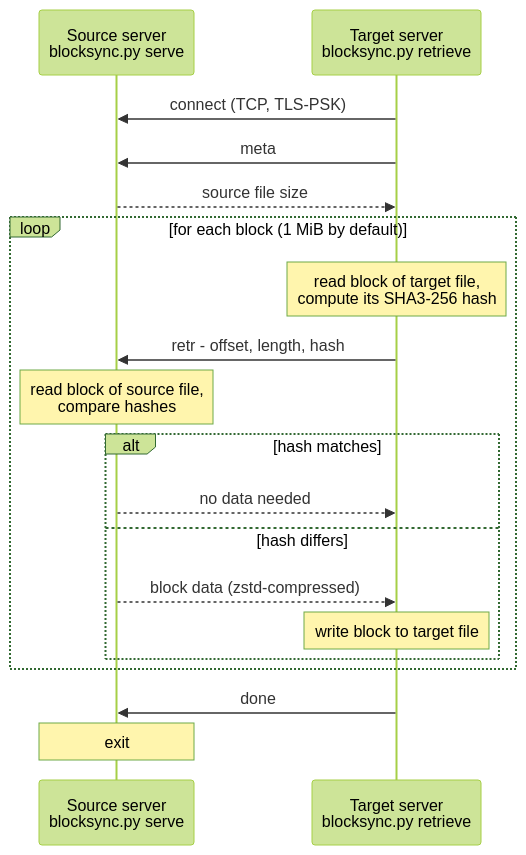
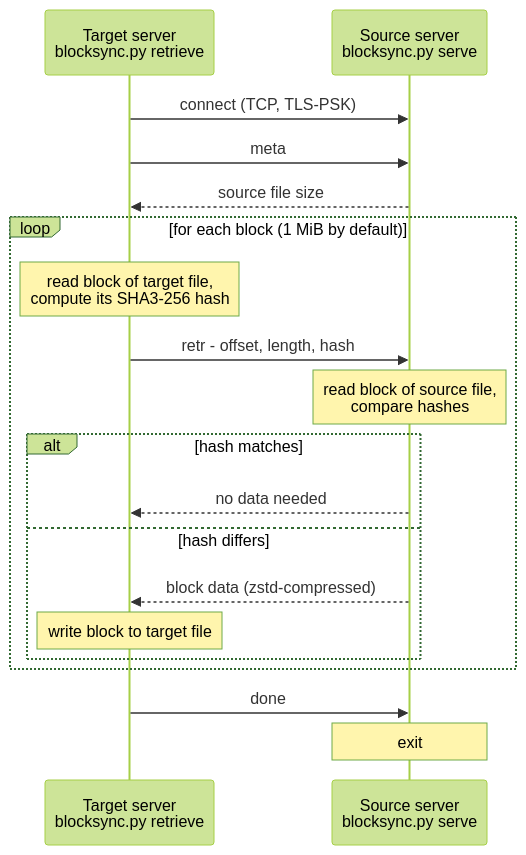
The second of 2 diagrams in README.md (messa/blocksync), drawn with Mermaid (forest theme) before and after one commit. The commit also changed other lines of this file, not shown here.

First line of the commit message:
README: put the client on the left in the sequence diagram

````diff
--- a/README.md
+++ b/README.md
@@ -234,21 +234,21 @@
 ```mermaid
 sequenceDiagram
+    participant T as Target server<br/>blocksync.py retrieve
     participant S as Source server<br/>blocksync.py serve
-    participant T as Target server<br/>blocksync.py retrieve
     T->>S: connect (TCP, TLS-PSK)
     T->>S: meta
     S-->>T: source file size
     loop for each block (1 MiB by default)
         Note over T: read block of target file,<br/>compute its SHA3-256 hash
         T->>S: retr - offset, length, hash
         Note over S: read block of source file,<br/>compare hashes
         alt hash matches
             S-->>T: no data needed
         else hash differs
             S-->>T: block data (zstd-compressed)
             Note over T: write block to target file
         end
     end
     T->>S: done
     Note over S: exit
 ```
````
